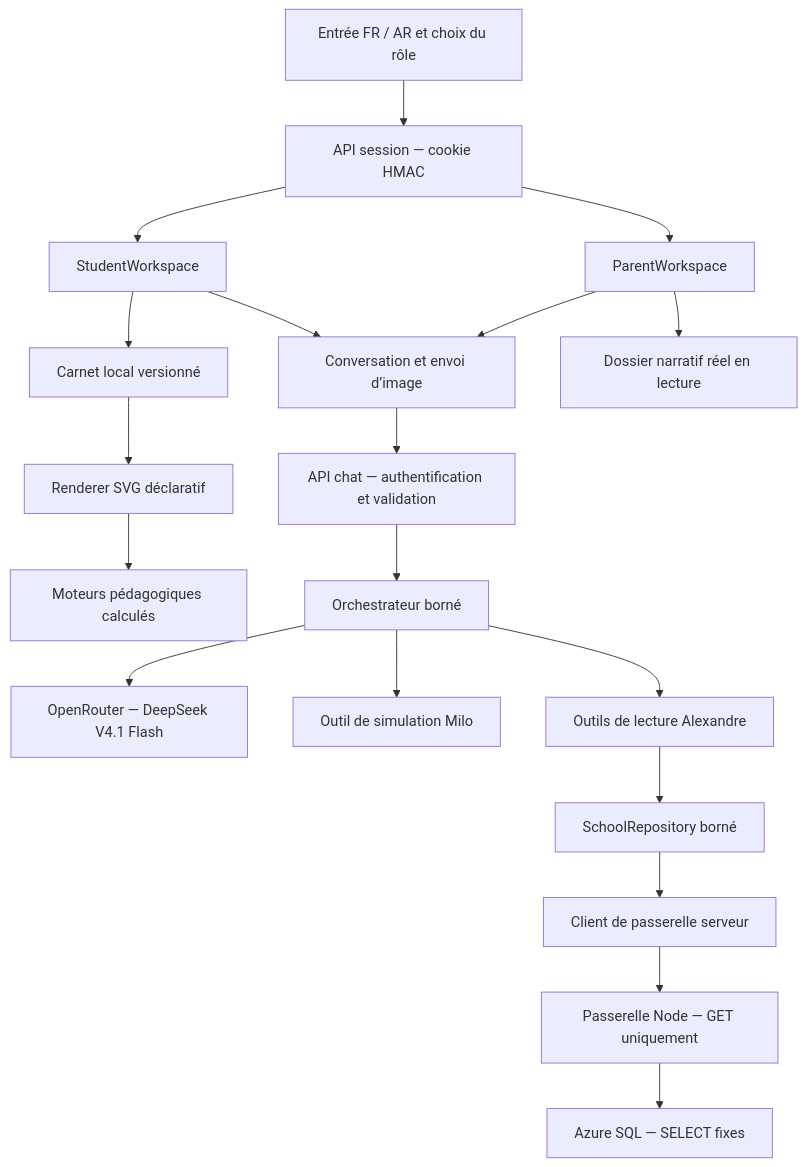
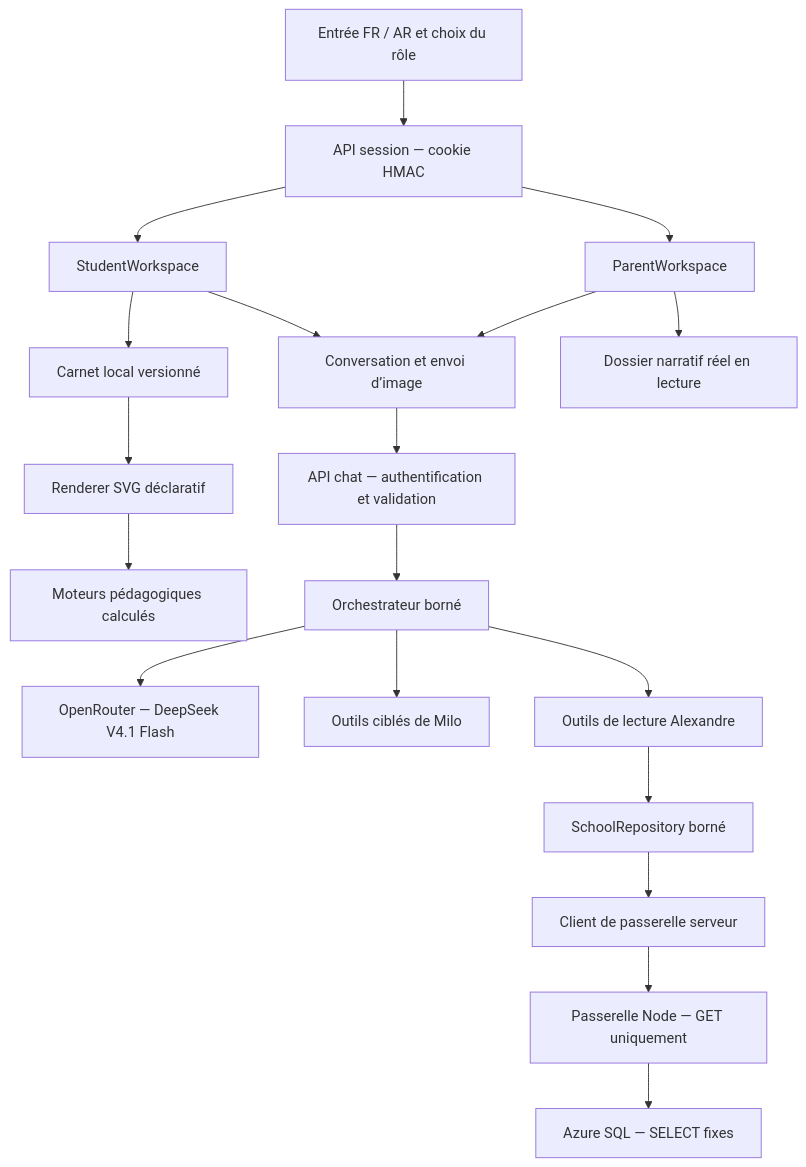
The diagram in docs/ARCHITECTURE.md (hamzaalexsys/AlexandreBOT), drawn with Mermaid before and after one commit. The commit also changed other lines of this file and 18 other files, not shown here.

````diff
--- a/docs/ARCHITECTURE.md
+++ b/docs/ARCHITECTURE.md
@@ -15,21 +15,21 @@
 ```mermaid
 flowchart TD
   Login[Entrée FR / AR et choix du rôle] --> Session[API session — cookie HMAC]
   Session --> Milo[StudentWorkspace]
   Session --> Parent[ParentWorkspace]
   Milo --> Chat[Conversation et envoi d’image]
   Milo --> Notebook[Carnet local versionné]
   Notebook --> Board[Renderer SVG déclaratif]
   Board --> Physics[Moteurs pédagogiques calculés]
   Parent --> Overview[Dossier narratif réel en lecture]
   Parent --> Chat
   Chat --> API[API chat — authentification et validation]
   API --> Agent[Orchestrateur borné]
   Agent --> Router[OpenRouter — DeepSeek V4.1 Flash]
-  Agent --> StudentTools[Outil de simulation Milo]
+  Agent --> StudentTools[Outils ciblés de Milo]
   Agent --> ParentTools[Outils de lecture Alexandre]
   ParentTools --> Repo[SchoolRepository borné]
   Repo --> Client[Client de passerelle serveur]
   Client --> Gateway[Passerelle Node — GET uniquement]
   Gateway --> SQL[Azure SQL — SELECT fixes]
 ```
````
